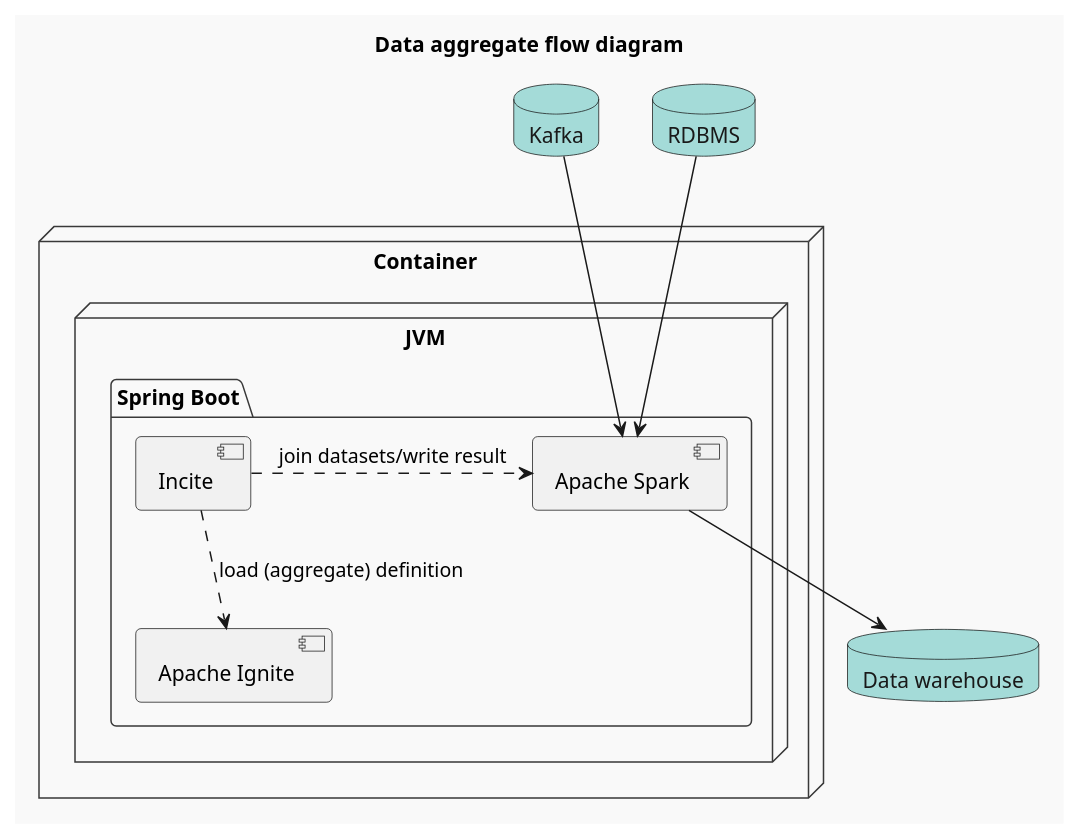
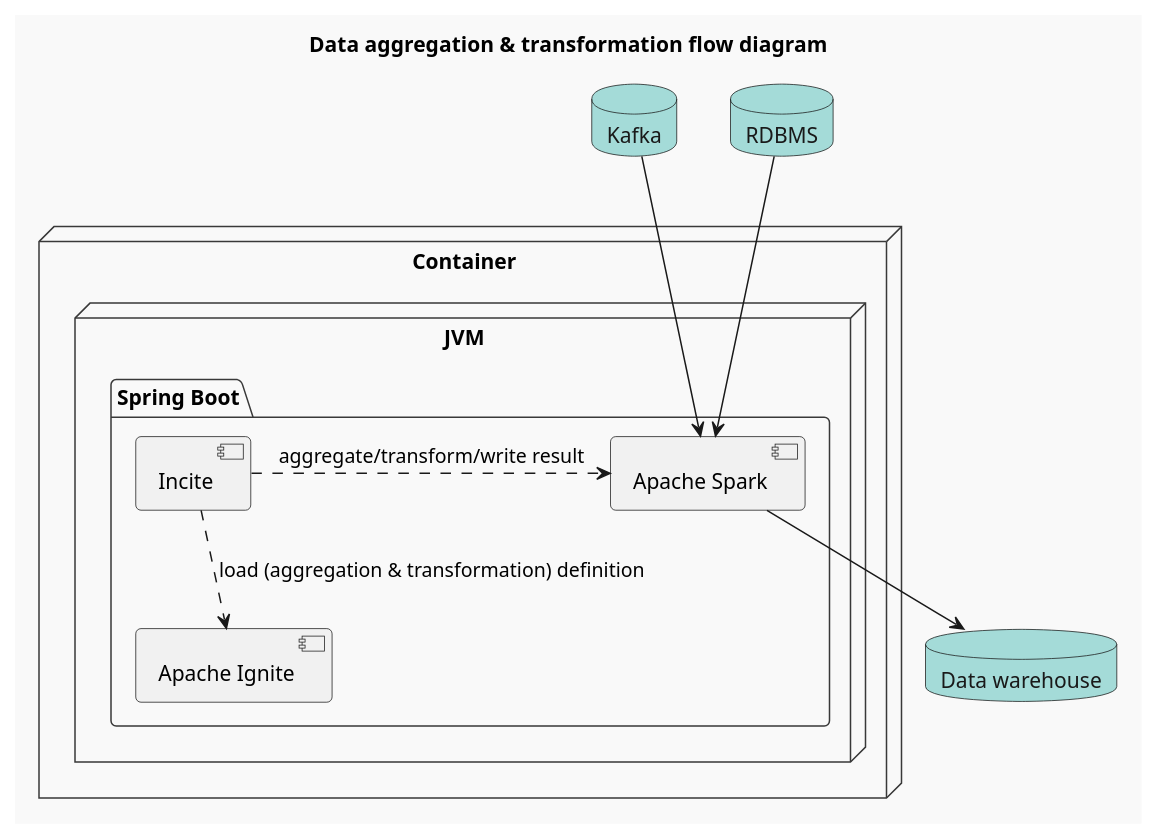
One commit to Stiggy-C/incite changed the diagram in aggregate_flow_diagram.puml. Above: the diagram before and after it, drawn with PlantUML. The commit also changed 12 other files, not shown here.

```diff
--- a/aggregate_flow_diagram.puml
+++ b/aggregate_flow_diagram.puml
@@ -1,34 +1,34 @@
 @startuml
 'https://plantuml.com/component-diagram
 
 !theme mars
 
-title "Data aggregate flow diagram"
+title "Data aggregation & transformation flow diagram"
 
 database "Kafka" as kafka
 
 database "RDBMS" as mysql
 
 database "Data warehouse" as postgres
 
 node "Container" {
 
     node "JVM" {
 
         package "Spring Boot" {
 
             component "Incite" as incite
             component "Apache Ignite" as ignite
             component "Apache Spark" as spark
 
         }
     }
 }
 
-incite ..> ignite : load (aggregate) definition
-incite .> spark : join datasets/write result
+incite ..> ignite : load (aggregation & transformation) definition
+incite .> spark : aggregate/transform/write result
 kafka --> spark
 mysql --> spark
 spark --> postgres
 
 @enduml
```
